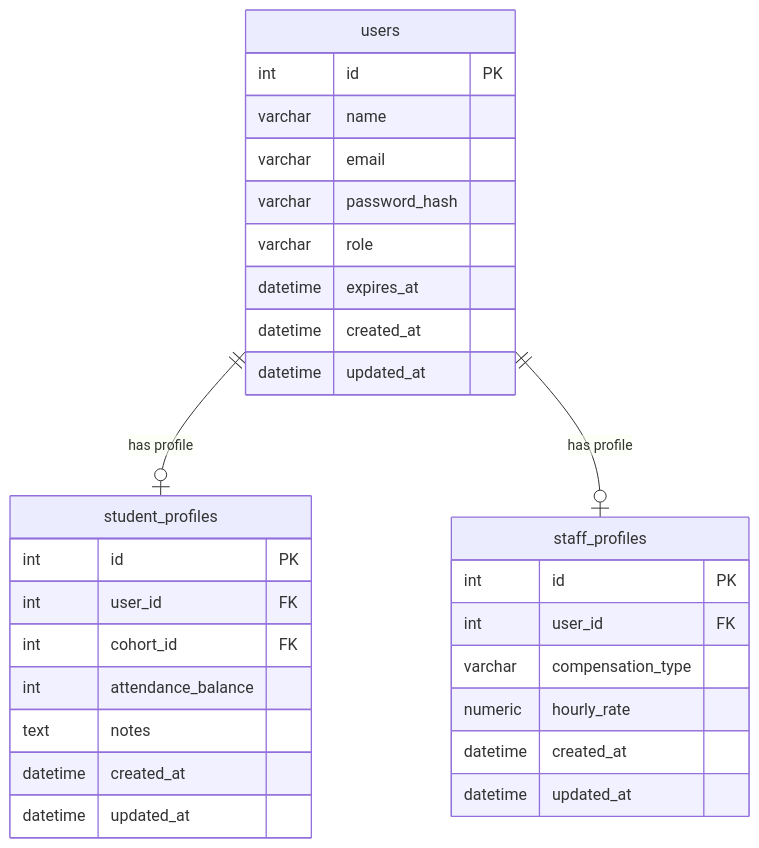
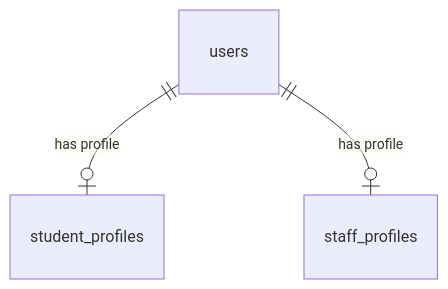
One commit to AndrewEmad14/attendance-and-grading-platform-backend changed the first of 5 diagrams in README.md. Above: the diagram before and after it, drawn with Mermaid. The commit also changed other lines of this file and 3 other files, not shown here.

````diff
--- a/README.md
+++ b/README.md
@@ -586,35 +121,8 @@
 ```mermaid
 erDiagram
-    users {
-        int id PK
-        varchar name
-        varchar email
-        varchar password_hash
-        varchar role
-        datetime expires_at
-        datetime created_at
-        datetime updated_at
-    }
-
-    student_profiles {
-        int id PK
-        int user_id FK
-        int cohort_id FK
-        int attendance_balance
-        text notes
-        datetime created_at
-        datetime updated_at
-    }
-
-    staff_profiles {
-        int id PK
-        int user_id FK
-        varchar compensation_type
-        numeric hourly_rate
-        datetime created_at
-        datetime updated_at
-    }
-
+    users {}
+    student_profiles {}
+    staff_profiles {}
     users ||--o| student_profiles : "has profile"
     users ||--o| staff_profiles   : "has profile"
 ```
````
